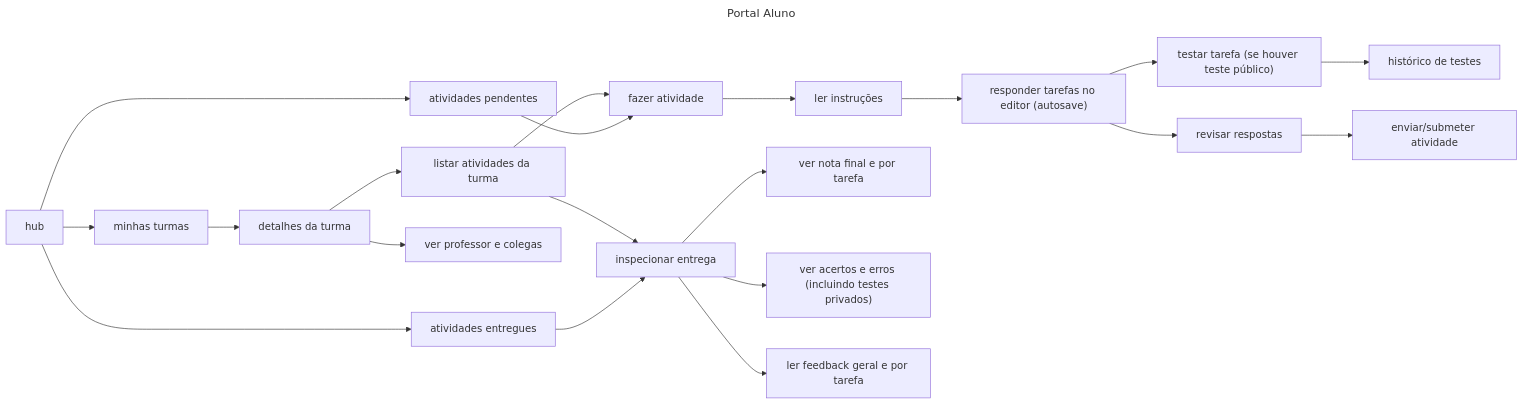
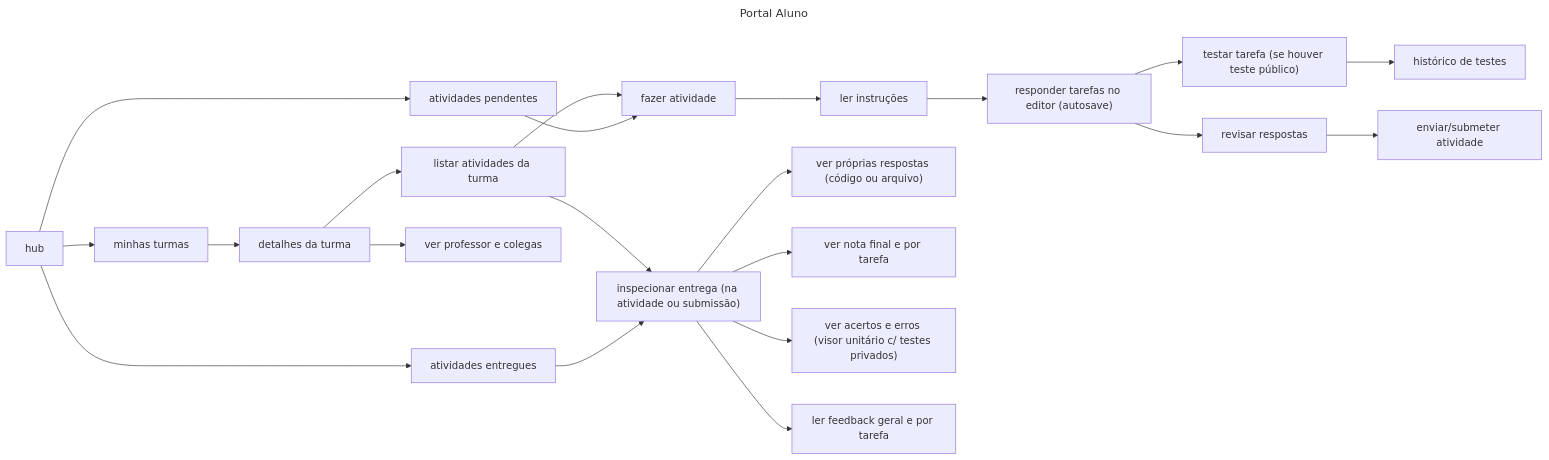
The third of 7 diagrams in docs/PROJETO.md (DharioNewbery/Seno), drawn with Mermaid before and after one commit.

Commit message:
docs: atualizar fluxo de inspecao de respostas e notas no Portal do Aluno

````diff
--- a/docs/PROJETO.md
+++ b/docs/PROJETO.md
@@ -303,28 +303,29 @@
 ```mermaid
 ---
 title: Portal Aluno
 ---
 graph LR
     hub["hub"] --> turmas["minhas turmas"]
     hub --> patividades["atividades pendentes"]
     hub --> eatividades["atividades entregues"]
 
     turmas --> dturma["detalhes da turma"]
     dturma --> vcolegas["ver professor e colegas"]
     dturma --> tatividades["listar atividades da turma"]
     tatividades --> fatividade
     tatividades --> iatividade
 
     patividades --> fatividade["fazer atividade"]
     fatividade --> linstrucoes["ler instruções"]
     linstrucoes --> rtarefas["responder tarefas no editor (autosave)"]
     rtarefas --> testar["testar tarefa (se houver teste público)"]
     testar --> htestes["histórico de testes"]
     rtarefas --> rrevisao["revisar respostas"]
     rrevisao --> submeter["enviar/submeter atividade"]
 
-    eatividades --> iatividade["inspecionar entrega"]
+    eatividades --> iatividade["inspecionar entrega (na atividade ou submissão)"]
+    iatividade --> vrespostas["ver próprias respostas (código ou arquivo)"]
     iatividade --> vnota["ver nota final e por tarefa"]
-    iatividade --> vcorrecao["ver acertos e erros (incluindo testes privados)"]
+    iatividade --> vcorrecao["ver acertos e erros (visor unitário c/ testes privados)"]
     iatividade --> vfeedback["ler feedback geral e por tarefa"]
 ```
````
